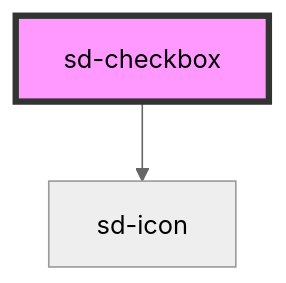
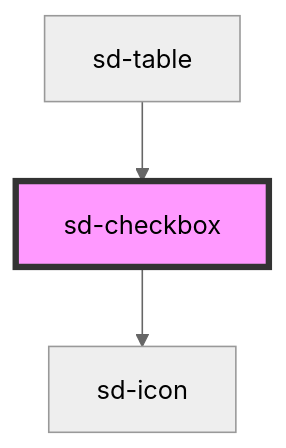
The diagram in packages/stencil/src/components/sd-checkbox/readme.md (kmeijjing/stencil-test), drawn with Mermaid (neutral theme) before and after one commit. The commit also changed other lines of this file and 10 other files, not shown here.

````diff
--- a/packages/stencil/src/components/sd-checkbox/readme.md
+++ b/packages/stencil/src/components/sd-checkbox/readme.md
@@ -32,5 +36,6 @@
 ```mermaid
 graph TD;
   sd-checkbox --> sd-icon
+  sd-table --> sd-checkbox
   style sd-checkbox fill:#f9f,stroke:#333,stroke-width:4px
 ```
````
